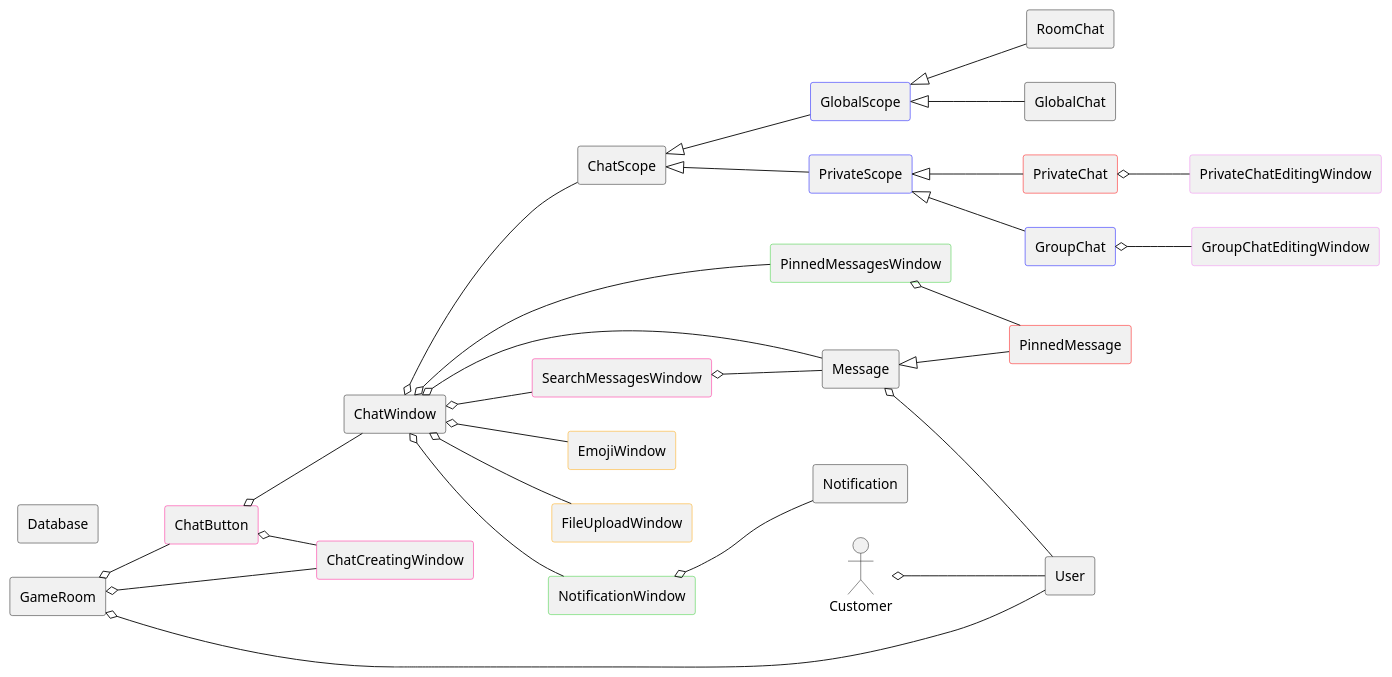
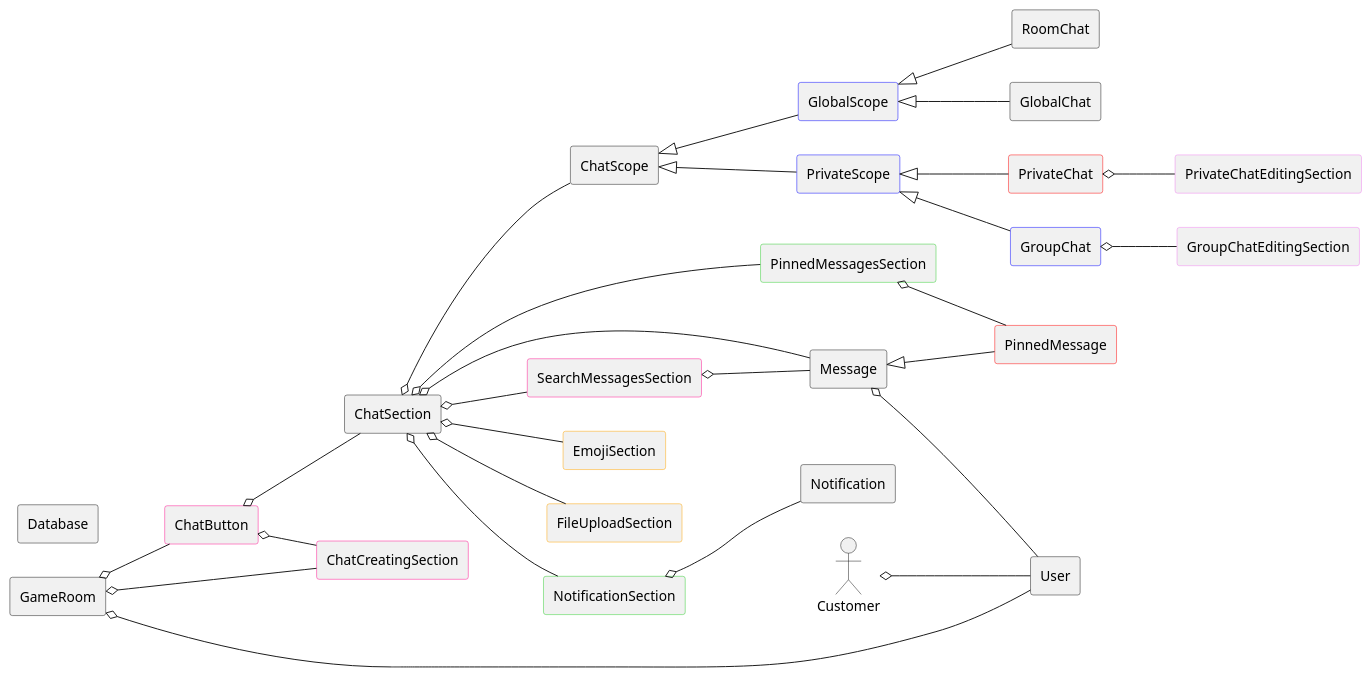
The diagram in Documentation/LatexLab3/PlantUML/domainDiagramV7.puml (user5427/human-benchmark-PSI-2), drawn with PlantUML before and after one commit. The commit also changed 4 other files, not shown here.

Commit message:
Update images for domain and package diagrams in LatexLab3 documentation

```diff
--- a/Documentation/LatexLab3/PlantUML/domainDiagramV7.puml
+++ b/Documentation/LatexLab3/PlantUML/domainDiagramV7.puml
@@ -1,63 +1,63 @@
 @startuml
 
 left to right direction
 
 
-rectangle ChatWindow
+rectangle ChatSection
 rectangle Message
 rectangle Notification
 rectangle GameRoom
 rectangle Database
 rectangle User
 rectangle RoomChat
 rectangle GlobalChat
 rectangle PrivateChat #line:red
 rectangle PinnedMessage #line:red
 rectangle ChatScope
-rectangle EmojiWindow #line:Orange
-rectangle FileUploadWindow #line:Orange
+rectangle EmojiSection #line:Orange
+rectangle FileUploadSection #line:Orange
 rectangle GroupChat #line:Blue
 rectangle GlobalScope #line:Blue
 rectangle PrivateScope #line:Blue
-rectangle NotificationWindow #line:LimeGreen
-rectangle PinnedMessagesWindow #line:LimeGreen
-rectangle GroupChatEditingWindow #line:Violet
-rectangle PrivateChatEditingWindow #line:Violet
-rectangle SearchMessagesWindow #line:DeepPink
+rectangle NotificationSection #line:LimeGreen
+rectangle PinnedMessagesSection #line:LimeGreen
+rectangle GroupChatEditingSection #line:Violet
+rectangle PrivateChatEditingSection #line:Violet
+rectangle SearchMessagesSection #line:DeepPink
 rectangle ChatButton #line:DeepPink
-rectangle ChatCreatingWindow #line:DeepPink
+rectangle ChatCreatingSection #line:DeepPink
 
 
 ' ???
 :Customer: o-- :User: 
  
 :GameRoom: o-- :User:
 
 :GameRoom: o-- :ChatButton:
-:GameRoom: o-- :ChatCreatingWindow:
-:ChatButton: o-- :ChatCreatingWindow:
-:ChatButton: o-- :ChatWindow:
-:ChatWindow: o-- :Message:
-:ChatWindow: o-- :NotificationWindow:
-:NotificationWindow: o-- :Notification:
+:GameRoom: o-- :ChatCreatingSection:
+:ChatButton: o-- :ChatCreatingSection:
+:ChatButton: o-- :ChatSection:
+:ChatSection: o-- :Message:
+:ChatSection: o-- :NotificationSection:
+:NotificationSection: o-- :Notification:
 :Message: o-- :User:
 :GlobalScope: <|-- :RoomChat:
 :GlobalScope: <|-- :GlobalChat:
 :PrivateScope: <|-- :PrivateChat:
-:ChatWindow: o-- :ChatScope:
+:ChatSection: o-- :ChatScope:
 :Message: <|-- :PinnedMessage:
-:ChatWindow: o-- :EmojiWindow:
-:ChatWindow: o-- :FileUploadWindow:
+:ChatSection: o-- :EmojiSection:
+:ChatSection: o-- :FileUploadSection:
 :PrivateScope: <|-- :GroupChat:
 :ChatScope: <|-- :GlobalScope:
 :ChatScope: <|-- :PrivateScope:
-:ChatWindow: o-- :PinnedMessagesWindow:
-:PinnedMessagesWindow: o-- :PinnedMessage:
-:GroupChat: o-- :GroupChatEditingWindow:
-:PrivateChat: o-- :PrivateChatEditingWindow:
-:ChatWindow: o-- :SearchMessagesWindow:
-:SearchMessagesWindow: o-- :Message:
+:ChatSection: o-- :PinnedMessagesSection:
+:PinnedMessagesSection: o-- :PinnedMessage:
+:GroupChat: o-- :GroupChatEditingSection:
+:PrivateChat: o-- :PrivateChatEditingSection:
+:ChatSection: o-- :SearchMessagesSection:
+:SearchMessagesSection: o-- :Message:
 
 
 
 @enduml
```
